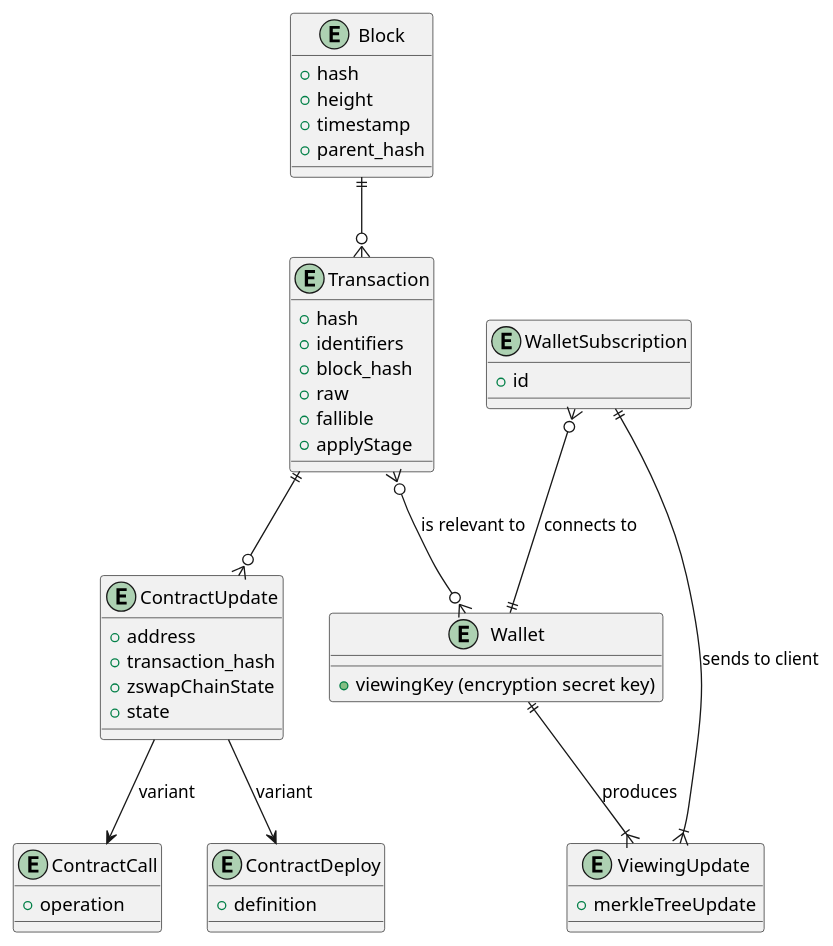
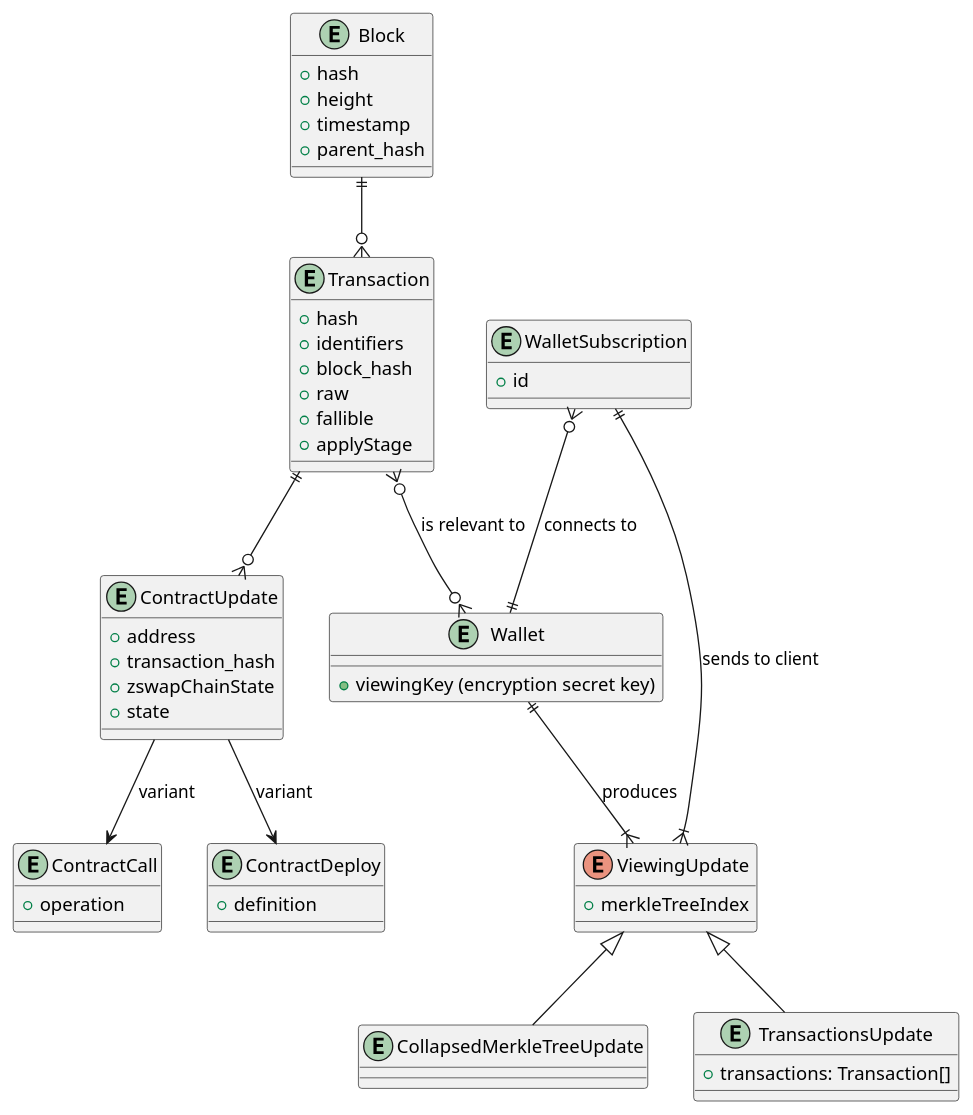
One commit to midnightntwrk/midnight-architecture changed the diagram in components/PubSubIndexer/datamodel.puml. Above: the diagram before and after it, drawn with PlantUML. The commit also changed 1 other file, not shown here.

Commit message:
Correct structure of viewing updates

```diff
--- a/components/PubSubIndexer/datamodel.puml
+++ b/components/PubSubIndexer/datamodel.puml
@@ -1,55 +1,62 @@
 @startuml
 
 entity Block {
 + hash
 + height
 + timestamp
 + parent_hash
 }
 
 entity WalletSubscription {
 + id
 }
 
-entity ViewingUpdate {
-+ merkleTreeUpdate
+enum ViewingUpdate {
++ merkleTreeIndex
 }
+entity CollapsedMerkleTreeUpdate {}
+entity TransactionsUpdate {
++ transactions: Transaction[]
+}
+
+ViewingUpdate <|-- CollapsedMerkleTreeUpdate
+ViewingUpdate <|-- TransactionsUpdate
 
 entity Wallet {
 + viewingKey (encryption secret key)
 }
 
 entity Transaction {
 + hash
 + identifiers
 + block_hash
 + raw
 + fallible
 + applyStage
 }
 
 entity ContractUpdate {
 + address
 + transaction_hash
 + zswapChainState
 + state
 }
 
 entity ContractDeploy {
 + definition
 }
 
 entity ContractCall {
 + operation
 }
 
 Block ||--o{ Transaction
 Transaction ||--o{ ContractUpdate
 ContractUpdate --> ContractCall : variant
 ContractUpdate --> ContractDeploy : variant
 
 Transaction }o--o{ Wallet : is relevant to
 Wallet ||--|{ ViewingUpdate : produces
 WalletSubscription }o--|| Wallet : connects to
 WalletSubscription ||--|{ ViewingUpdate : sends to client
 @enduml
```
